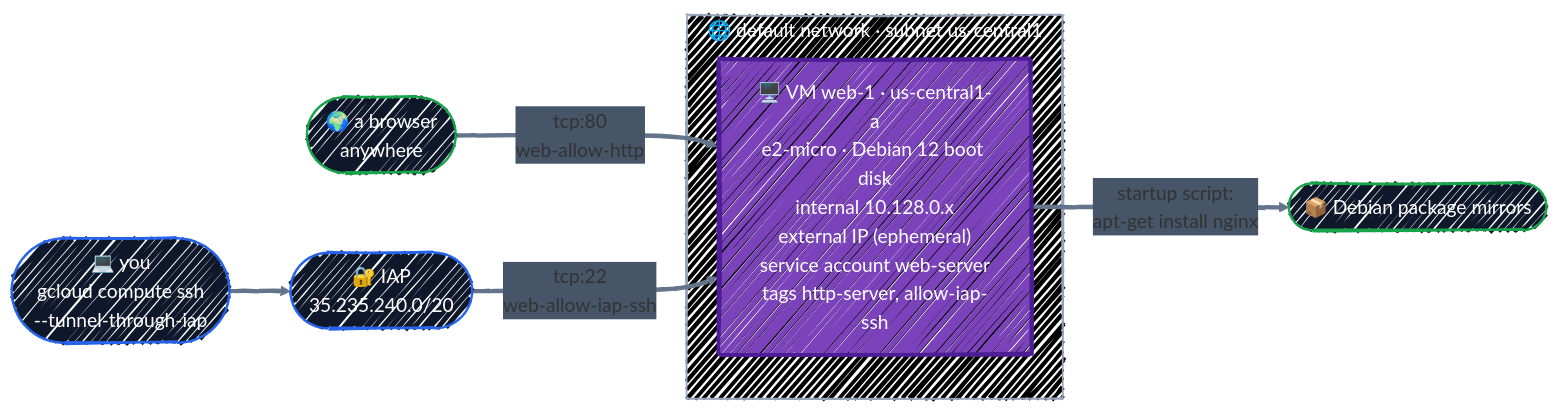
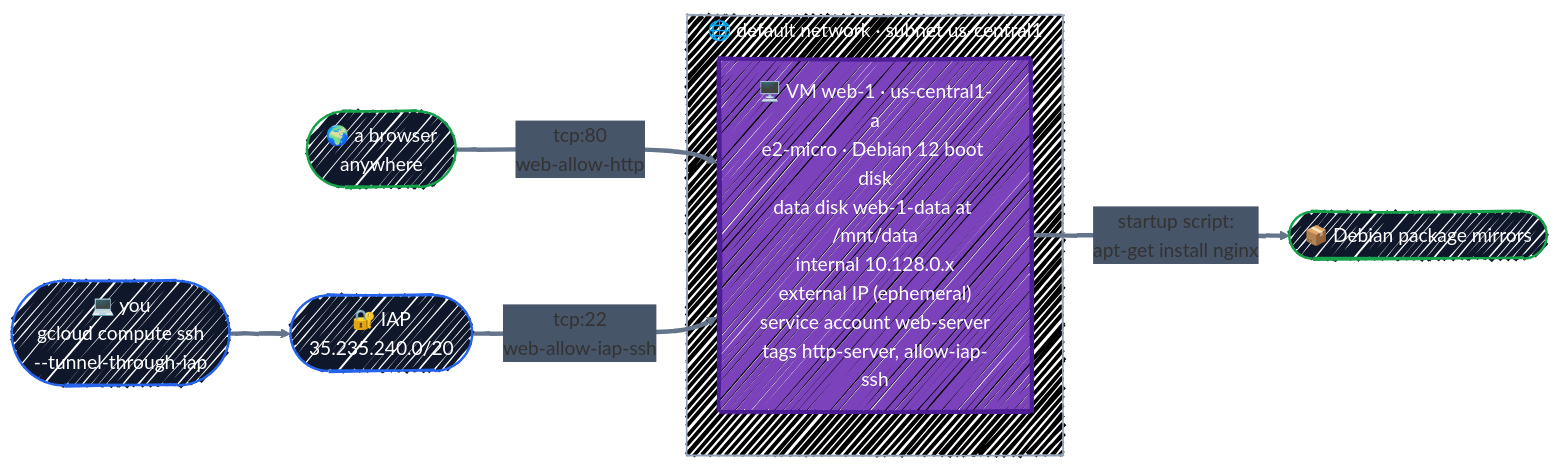
Before and after one commit to r97221004/terraform-tutorial: the first of 4 diagrams in docs/gcp-services/compute-engine.md, drawn with Mermaid. The commit also changed other lines of this file and 3 other files, not shown here.

First line of the commit message:
docs: add a data disk that outlives the VM to Compute Engine

````diff
--- a/docs/gcp-services/compute-engine.md
+++ b/docs/gcp-services/compute-engine.md
@@ -36,35 +36,35 @@
 ```mermaid
 ---
 config:
   look: handDrawn
   theme: default
   themeVariables:
     fontFamily: '"Comic Sans MS", "Comic Sans", "Segoe Print", "Bradley Hand", cursive'
     lineColor: '#64748B'
     edgeLabelBackground: '#475569'
   themeCSS: |
     .edgeLabel, .edgeLabel p, .edgeLabel span { color: #FFFFFF !important; }
 ---
 flowchart LR
     browser(["🌍 a browser<br/>anywhere"])
     you(["💻 you<br/>gcloud compute ssh<br/>--tunnel-through-iap"])
     iap(["🔐 IAP<br/>35.235.240.0/20"])
     apt(["📦 Debian package mirrors"])
 
     subgraph net["🌐 default network · subnet us-central1"]
-        vm["🖥️ VM web-1 · us-central1-a<br/>e2-micro · Debian 12 boot disk<br/>internal 10.128.0.x<br/>external IP (ephemeral)<br/>service account web-server<br/>tags http-server, allow-iap-ssh"]
+        vm["🖥️ VM web-1 · us-central1-a<br/>e2-micro · Debian 12 boot disk<br/>data disk web-1-data at /mnt/data<br/>internal 10.128.0.x<br/>external IP (ephemeral)<br/>service account web-server<br/>tags http-server, allow-iap-ssh"]
     end
 
     browser ==>|"tcp:80<br/>web-allow-http"| vm
     you ==> iap
     iap ==>|"tcp:22<br/>web-allow-iap-ssh"| vm
     vm ==>|"startup script:<br/>apt-get install nginx"| apt
 
     classDef ctrl fill:#0F172A,stroke:#2563EB,stroke-width:2px,color:#FFFFFF
     classDef eng fill:#7B42BC,stroke:#4C1D95,stroke-width:3px,color:#FFFFFF
     classDef tgt fill:#0F172A,stroke:#16A34A,stroke-width:2px,color:#FFFFFF
     class vm eng
     class you,iap ctrl
     class browser,apt tgt
     style net fill:#000000,stroke:#94A3B8,color:#FFFFFF,fillStyle:solid
 ```
````
